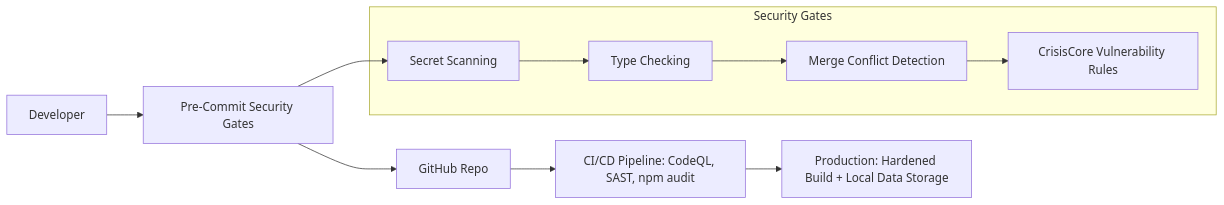
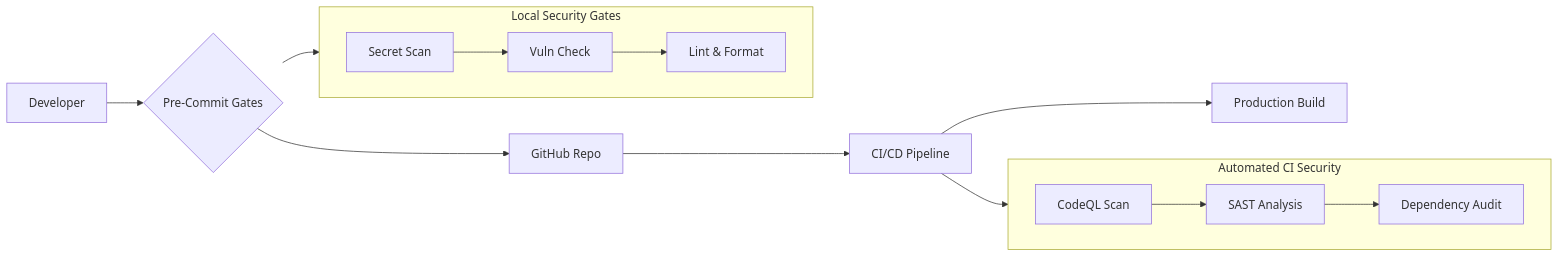
The diagram in README.md (CrisisCore-Systems/pain-tracker), drawn with Mermaid before and after one commit. The commit also changed other lines of this file, not shown here.

````diff
--- a/README.md
+++ b/README.md
@@ -74,16 +77,20 @@
 ```mermaid
 flowchart LR
-  A[Developer] --> B[Pre-Commit Security Gates]
-  B --> C[GitHub Repo]
-  C --> D[CI/CD Pipeline: CodeQL, SAST, npm audit]
-  D --> E[Production: Hardened Build + Local Data Storage]
+  A[Developer] --> B{Pre-Commit Gates};
+  B --> C[GitHub Repo];
+  C --> D[CI/CD Pipeline];
+  D --> E[Production Build];
 
-  subgraph Security Gates
-    B1[Secret Scanning]
-    B2[Type Checking]
-    B3[Merge Conflict Detection]
-    B4[CrisisCore Vulnerability Rules]
+  subgraph "Local Security Gates"
+    direction LR
+    B1[Secret Scan] --> B2[Vuln Check] --> B3[Lint & Format];
   end
 
-  B --> B1 --> B2 --> B3 --> B4
+  subgraph "Automated CI Security"
+    direction LR
+    D1[CodeQL Scan] --> D2[SAST Analysis] --> D3[Dependency Audit];
+  end
+
+  B --> B1;
+  D --> D1;
 ```
````
